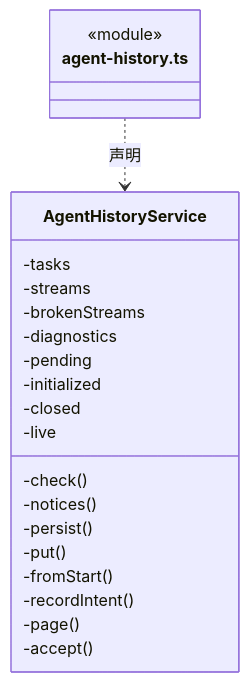
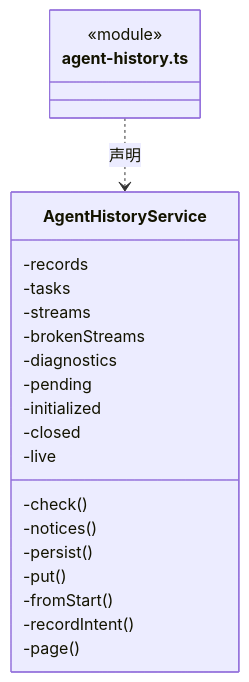
The second of 3 diagrams in src/logic/history/runtime/ARCHITECTURE.md (nan023062/cbim), drawn with Mermaid before and after one commit. The commit also changed other lines of this file and 139 other files, not shown here.

Commit message:
docs(architecture): add source reading paths and complete file inventories

````diff
--- a/src/logic/history/runtime/ARCHITECTURE.md
+++ b/src/logic/history/runtime/ARCHITECTURE.md
@@ -72,25 +76,25 @@
 ```mermaid
 classDiagram
 class N_src_logic_history_runtime_agent_history_ts["agent-history.ts"] {
   <<module>>
 }
 class N_src_logic_history_runtime_agent_history_ts_AgentHistoryService["AgentHistoryService"] {
+  -records
   -tasks
   -streams
   -brokenStreams
   -diagnostics
   -pending
   -initialized
   -closed
   -live
   -check()
   -notices()
   -persist()
   -put()
   -fromStart()
   -recordIntent()
   -page()
-  -accept()
 }
 N_src_logic_history_runtime_agent_history_ts ..> N_src_logic_history_runtime_agent_history_ts_AgentHistoryService : 声明
 ```
````
